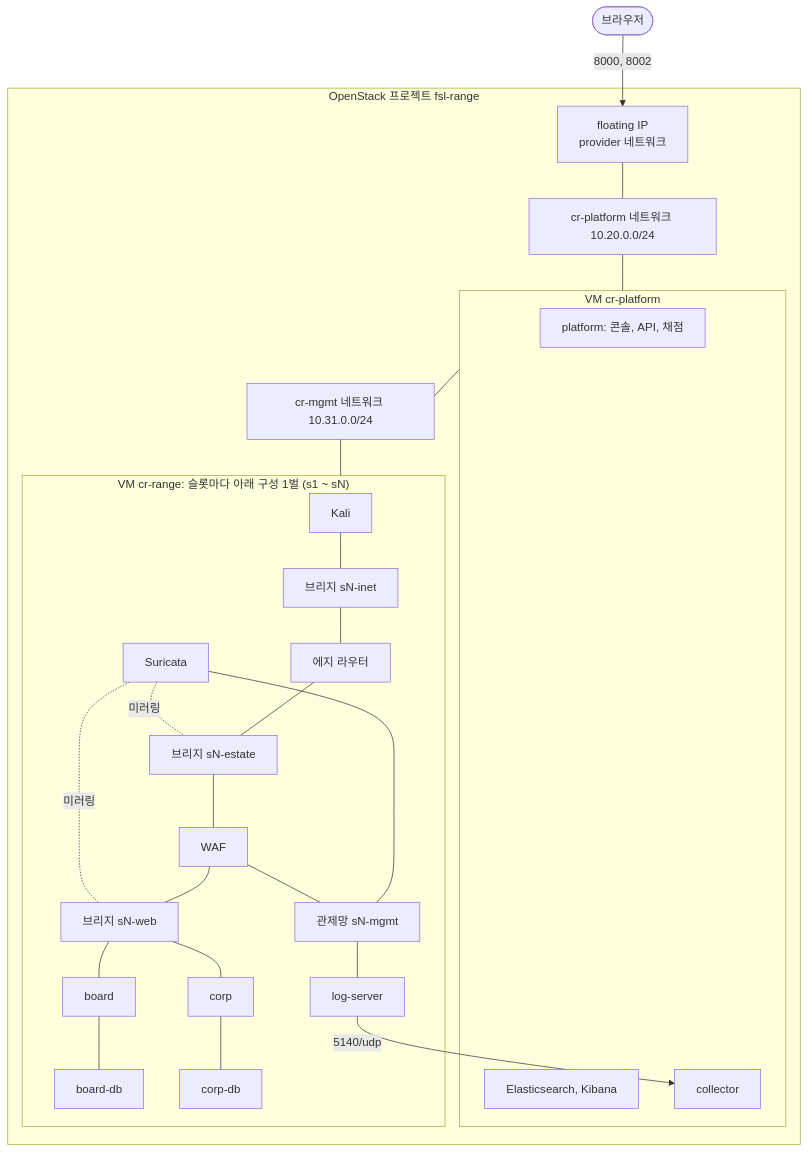
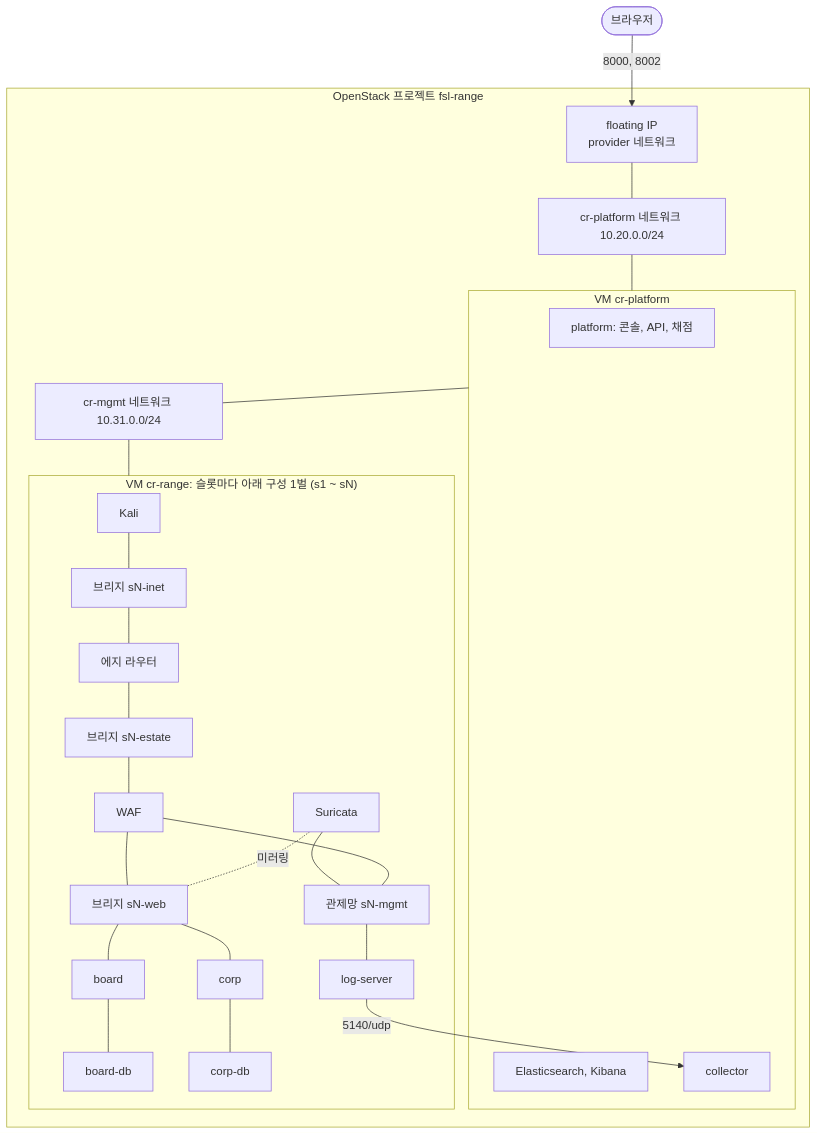
Before and after one commit to Nekonic/fsl-project-mvp: the diagram in README.md, drawn with Mermaid. The commit also changed other lines of this file and 6 other files, not shown here.

Commit message:
docs: DECISIONS records the IDS behind the WAF, nginx's refusals, the transaction's X-Forwarded-For, the parity and the map's sources; README, ARCHITECTURE, OPENSTACK, THREAT-MODEL, STATE and now follow the code

````diff
--- a/README.md
+++ b/README.md
@@ -31,32 +31,31 @@
 ```mermaid
 flowchart TB
   user(["브라우저"]) -->|"8000, 8002"| fip["floating IP<br/>provider 네트워크"]
   subgraph os["OpenStack 프로젝트 fsl-range"]
     fip --- pnet["cr-platform 네트워크 10.20.0.0/24"]
     pnet --- pvm
     subgraph pvm["VM cr-platform"]
       platform["platform: 콘솔, API, 채점"]
       elk["Elasticsearch, Kibana"]
       collector["collector"]
     end
     pvm --- mgmt["cr-mgmt 네트워크 10.31.0.0/24"]
     mgmt --- rvm
     subgraph rvm["VM cr-range: 슬롯마다 아래 구성 1벌 (s1 ~ sN)"]
       kali["Kali"] --- inet["브리지 sN-inet"]
       inet --- edge["에지 라우터"]
       edge --- estate["브리지 sN-estate"]
       estate --- waf["WAF"]
       waf --- web["브리지 sN-web"]
       web --- board["board"]
       web --- corp["corp"]
       board --- boarddb["board-db"]
       corp --- corpdb["corp-db"]
-      ids["Suricata"] -. 미러링 .- estate
-      ids -. 미러링 .- web
+      ids["Suricata"] -. 미러링 .- web
       ids --- mgmtbr["관제망 sN-mgmt"]
       waf --- mgmtbr
       mgmtbr --- logsrv["log-server"]
     end
     logsrv -->|"5140/udp"| collector
   end
 ```
````
